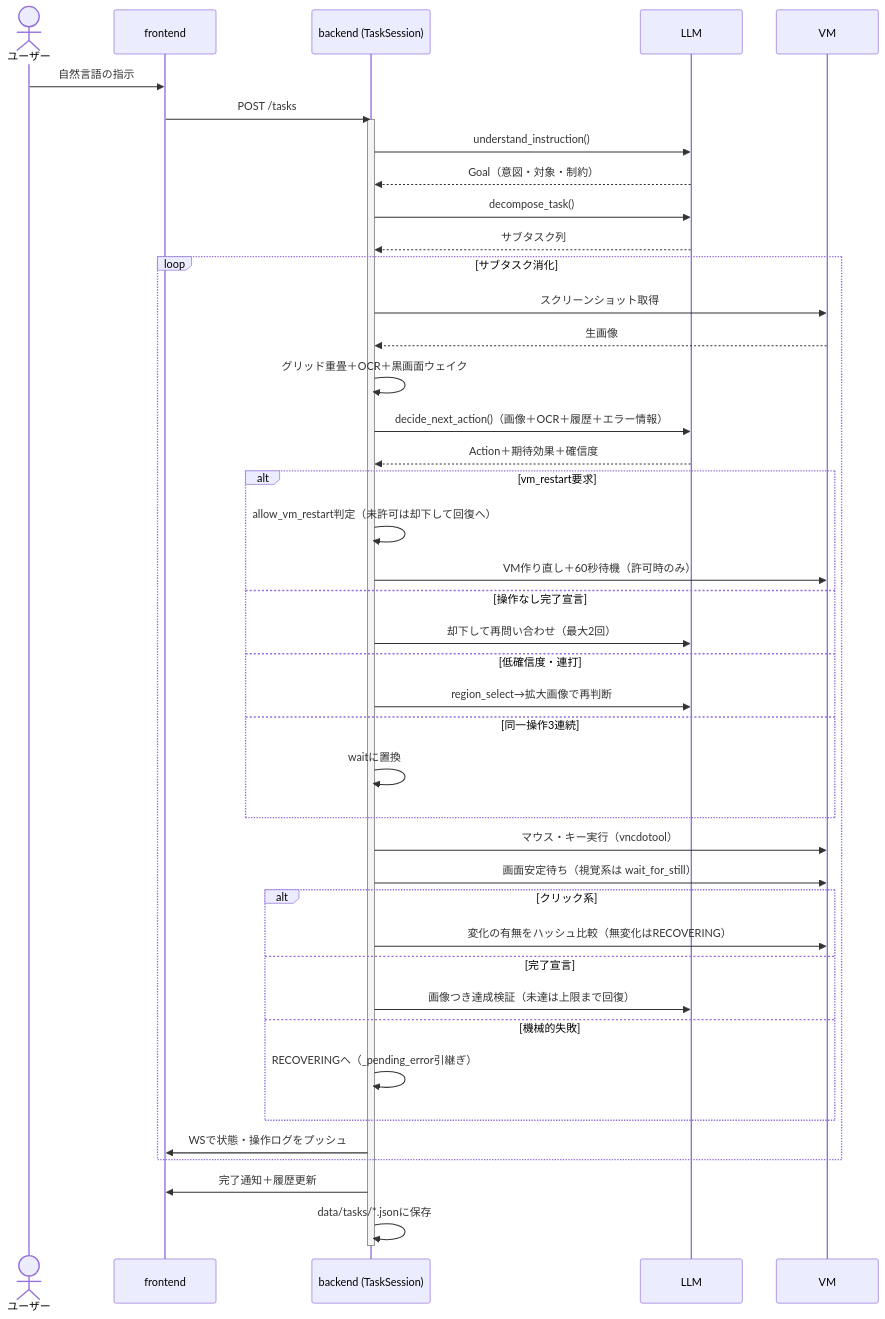
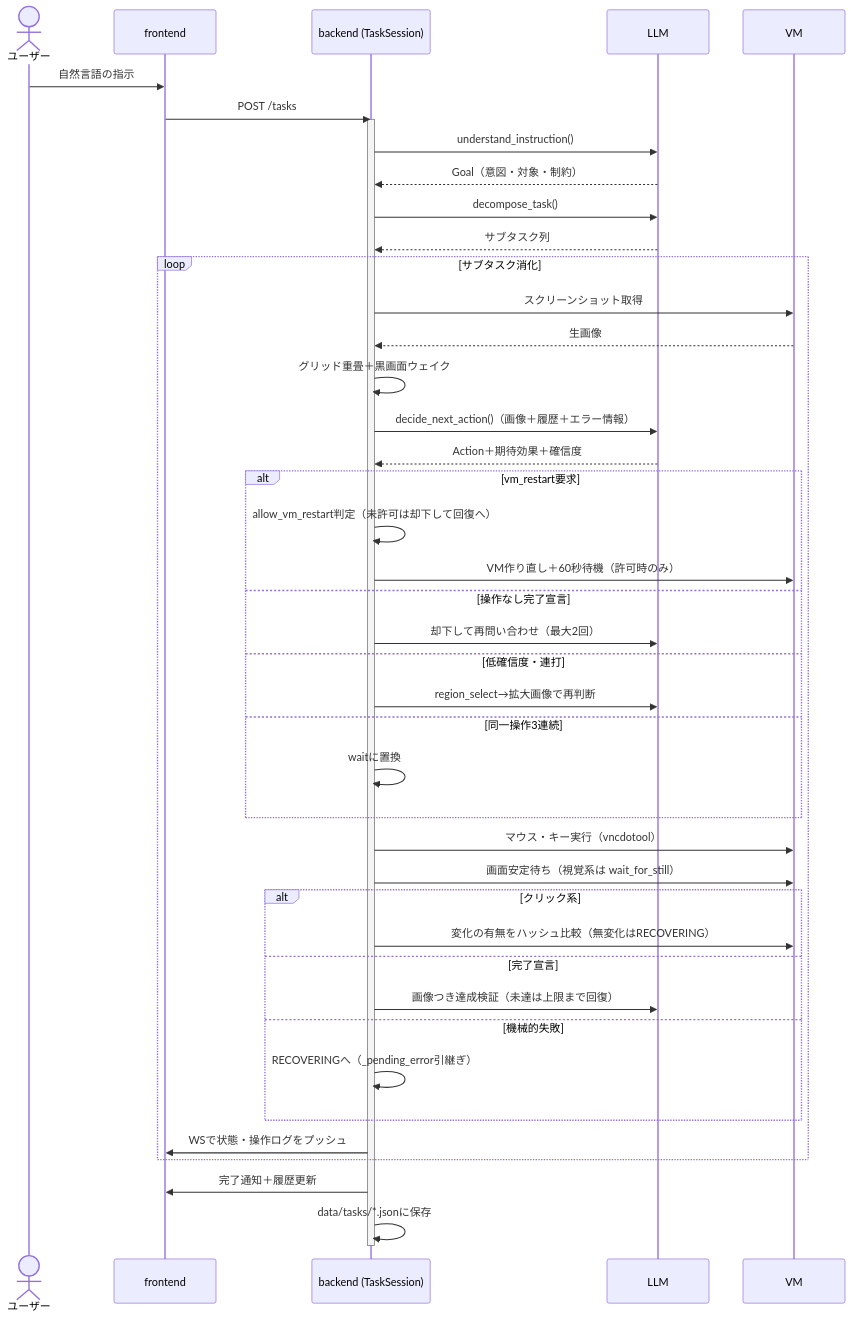
Before and after one commit to Milix-M/ai-desktop-agent: the third of 4 diagrams in docs/architecture.md, drawn with Mermaid. The commit also changed other lines of this file and 15 other files, not shown here.

````diff
--- a/docs/architecture.md
+++ b/docs/architecture.md
@@ -184,45 +184,45 @@
 ```mermaid
 sequenceDiagram
     actor U as ユーザー
     participant FE as frontend
     participant BE as backend (TaskSession)
     participant LLM as LLM
     participant VM as VM
     U->>FE: 自然言語の指示
     FE->>BE: POST /tasks
     activate BE
     BE->>LLM: understand_instruction()
     LLM-->>BE: Goal（意図・対象・制約）
     BE->>LLM: decompose_task()
     LLM-->>BE: サブタスク列
     loop サブタスク消化
         BE->>VM: スクリーンショット取得
         VM-->>BE: 生画像
-        BE->>BE: グリッド重畳＋OCR＋黒画面ウェイク
-        BE->>LLM: decide_next_action()（画像＋OCR＋履歴＋エラー情報）
+        BE->>BE: グリッド重畳＋黒画面ウェイク
+        BE->>LLM: decide_next_action()（画像＋履歴＋エラー情報）
         LLM-->>BE: Action＋期待効果＋確信度
         alt vm_restart要求
             BE->>BE: allow_vm_restart判定（未許可は却下して回復へ）
             BE->>VM: VM作り直し＋60秒待機（許可時のみ）
         else 操作なし完了宣言
             BE->>LLM: 却下して再問い合わせ（最大2回）
         else 低確信度・連打
             BE->>LLM: region_select→拡大画像で再判断
         else 同一操作3連続
             BE->>BE: waitに置換
         end
         BE->>VM: マウス・キー実行（vncdotool）
         BE->>VM: 画面安定待ち（視覚系は wait_for_still）
         alt クリック系
             BE->>VM: 変化の有無をハッシュ比較（無変化はRECOVERING）
         else 完了宣言
             BE->>LLM: 画像つき達成検証（未達は上限まで回復）
         else 機械的失敗
             BE->>BE: RECOVERINGへ（_pending_error引継ぎ）
         end
         BE->>FE: WSで状態・操作ログをプッシュ
     end
     BE->>FE: 完了通知＋履歴更新
     BE->>BE: data/tasks/*.jsonに保存
     deactivate BE
 ```
````
